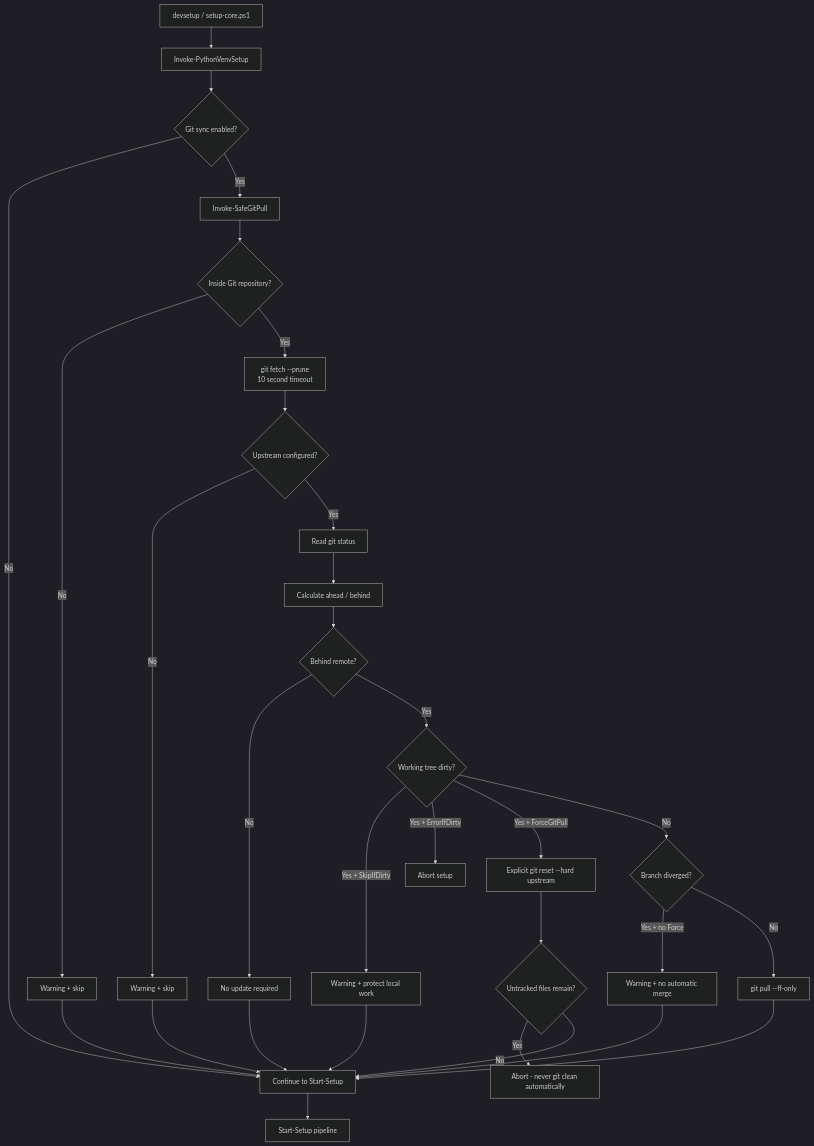
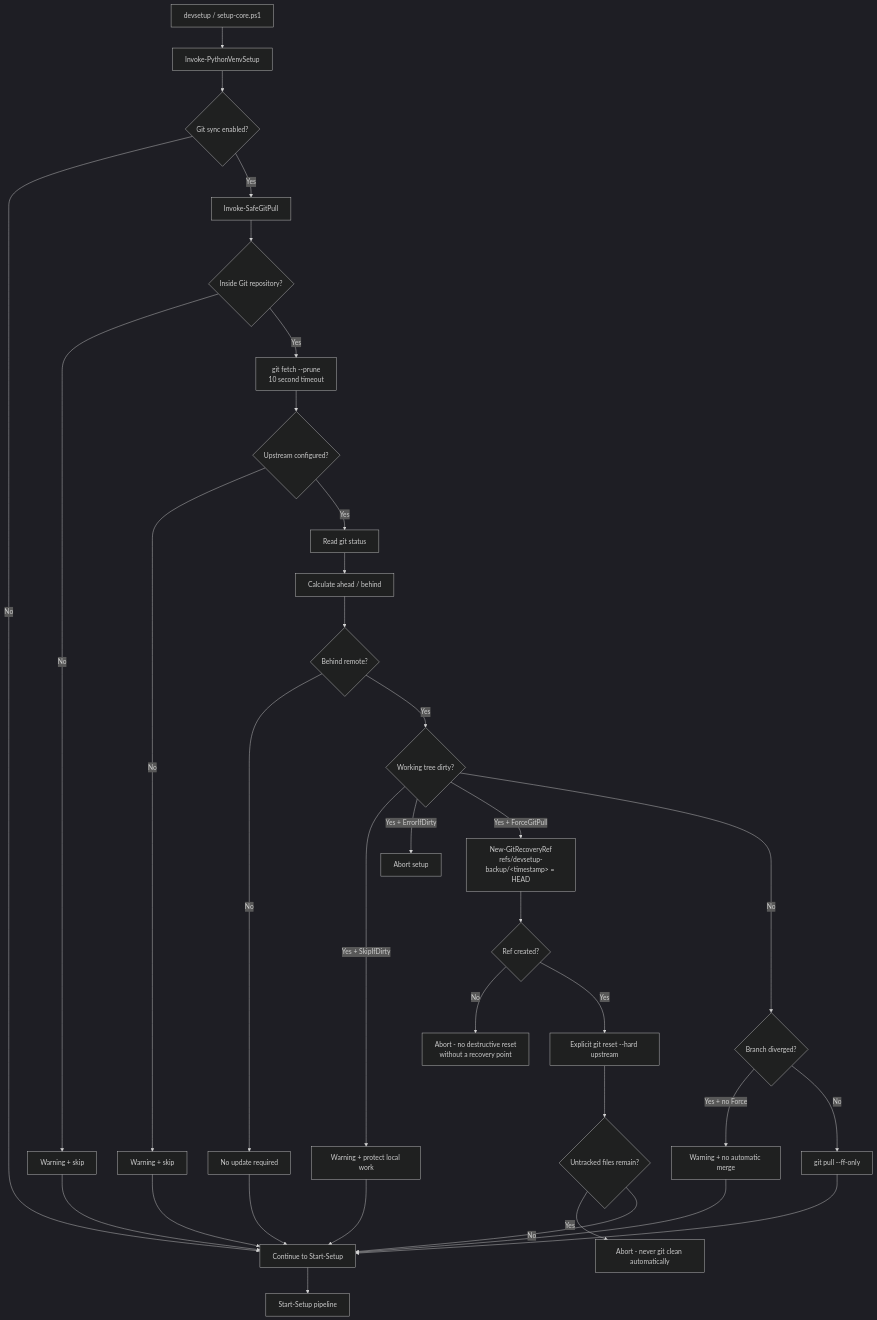
One commit to hadiibrahim-Engin/python_venv_Automation changed the diagram in PythonVenvAutomation/docs/SAFE_GIT_SYNC.md. Above: the diagram before and after it, drawn with Mermaid (dark theme). The commit also changed other lines of this file and 9 other files, not shown here.

````diff
--- a/PythonVenvAutomation/docs/SAFE_GIT_SYNC.md
+++ b/PythonVenvAutomation/docs/SAFE_GIT_SYNC.md
@@ -41,46 +41,49 @@
 ```mermaid
 flowchart TD
     A[devsetup / setup-core.ps1] --> B[Invoke-PythonVenvSetup]
     B --> C{Git sync enabled?}
 
     C -->|No| Z[Continue to Start-Setup]
     C -->|Yes| D[Invoke-SafeGitPull]
 
     D --> E{Inside Git repository?}
     E -->|No| E1[Warning + skip]
     E1 --> Z
 
     E -->|Yes| F[git fetch --prune\n10 second timeout]
     F --> G{Upstream configured?}
 
     G -->|No| G1[Warning + skip]
     G1 --> Z
 
     G -->|Yes| H[Read git status]
     H --> I[Calculate ahead / behind]
 
     I --> J{Behind remote?}
     J -->|No| J1[No update required]
     J1 --> Z
 
     J -->|Yes| K{Working tree dirty?}
 
     K -->|Yes + SkipIfDirty| K1[Warning + protect local work]
     K1 --> Z
 
     K -->|Yes + ErrorIfDirty| K2[Abort setup]
 
-    K -->|Yes + ForceGitPull| L[Explicit git reset --hard upstream]
+    K -->|Yes + ForceGitPull| RR[New-GitRecoveryRef<br/>refs/devsetup-backup/&lt;timestamp&gt; = HEAD]
+    RR --> RRF{Ref created?}
+    RRF -->|No| RRA[Abort - no destructive reset<br/>without a recovery point]
+    RRF -->|Yes| L[Explicit git reset --hard upstream]
     L --> M{Untracked files remain?}
     M -->|Yes| M1[Abort - never git clean automatically]
     M -->|No| Z
 
     K -->|No| N{Branch diverged?}
     N -->|Yes + no Force| N1[Warning + no automatic merge]
     N1 --> Z
 
     N -->|No| O[git pull --ff-only]
     O --> Z
 
     Z --> P[Start-Setup pipeline]
 ```
````
